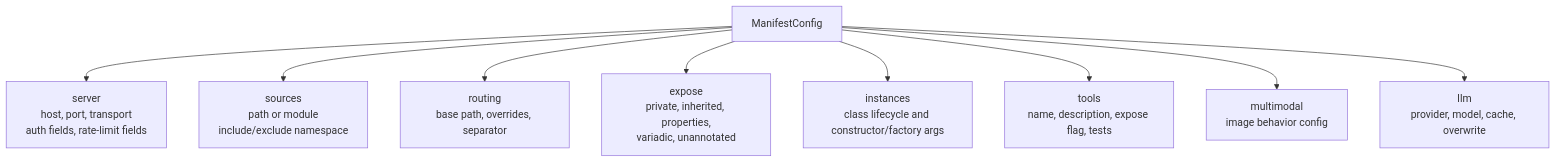
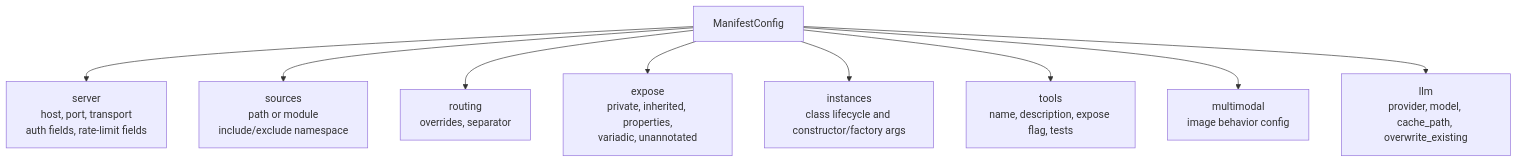
The fifth of 21 diagrams in docs/architecture.md (logic-OT/smarter-mcp), drawn with Mermaid before and after one commit. The commit also changed other lines of this file and 5 other files, not shown here.

First line of the commit message:
docs(accuracy): fix README/architecture/spec defects + add LICENSE

````diff
--- a/docs/architecture.md
+++ b/docs/architecture.md
@@ -165,12 +165,12 @@
 ```mermaid
 flowchart TB
     Manifest["ManifestConfig"]
     Manifest --> Server["server<br/>host, port, transport<br/>auth fields, rate-limit fields"]
     Manifest --> Sources["sources<br/>path or module<br/>include/exclude namespace"]
-    Manifest --> Routing["routing<br/>base path, overrides, separator"]
+    Manifest --> Routing["routing<br/>overrides, separator"]
     Manifest --> Expose["expose<br/>private, inherited, properties,<br/>variadic, unannotated"]
     Manifest --> Instances["instances<br/>class lifecycle and constructor/factory args"]
     Manifest --> Tools["tools<br/>name, description, expose flag, tests"]
     Manifest --> Multimodal["multimodal<br/>image behavior config"]
-    Manifest --> LLM["llm<br/>provider, model, cache, overwrite"]
+    Manifest --> LLM["llm<br/>provider, model, cache_path, overwrite_existing"]
 ```
````
